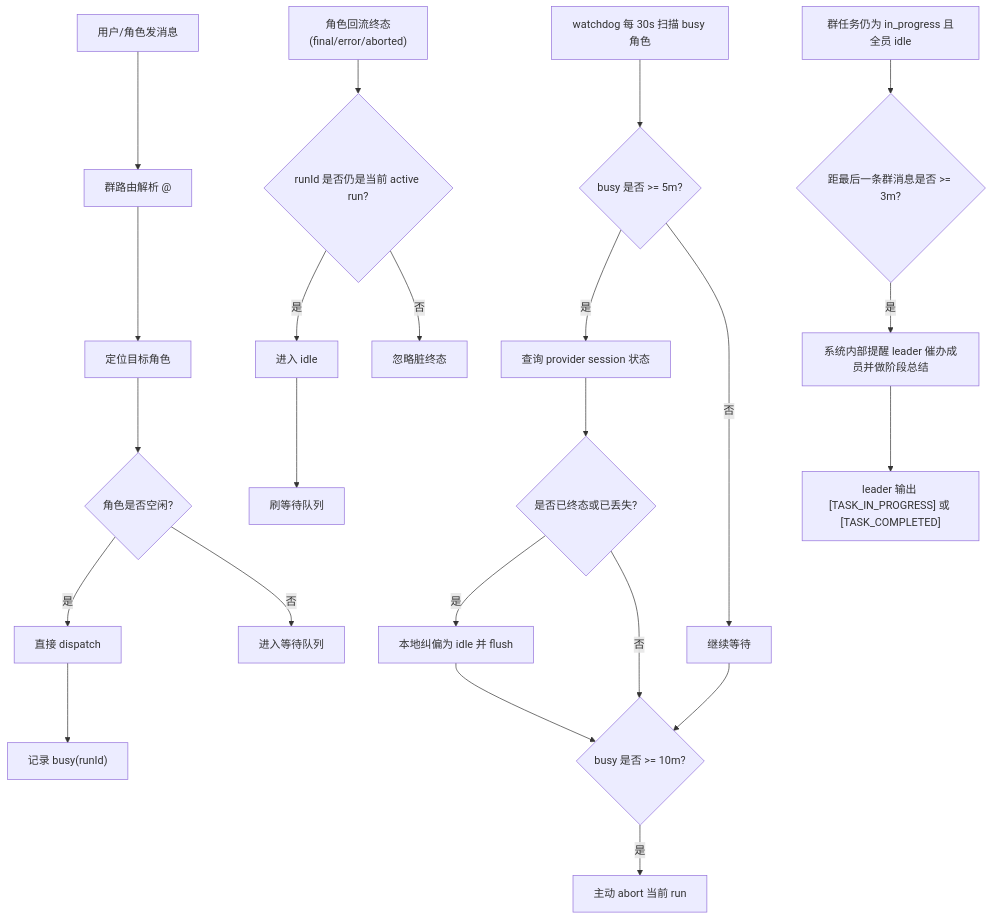
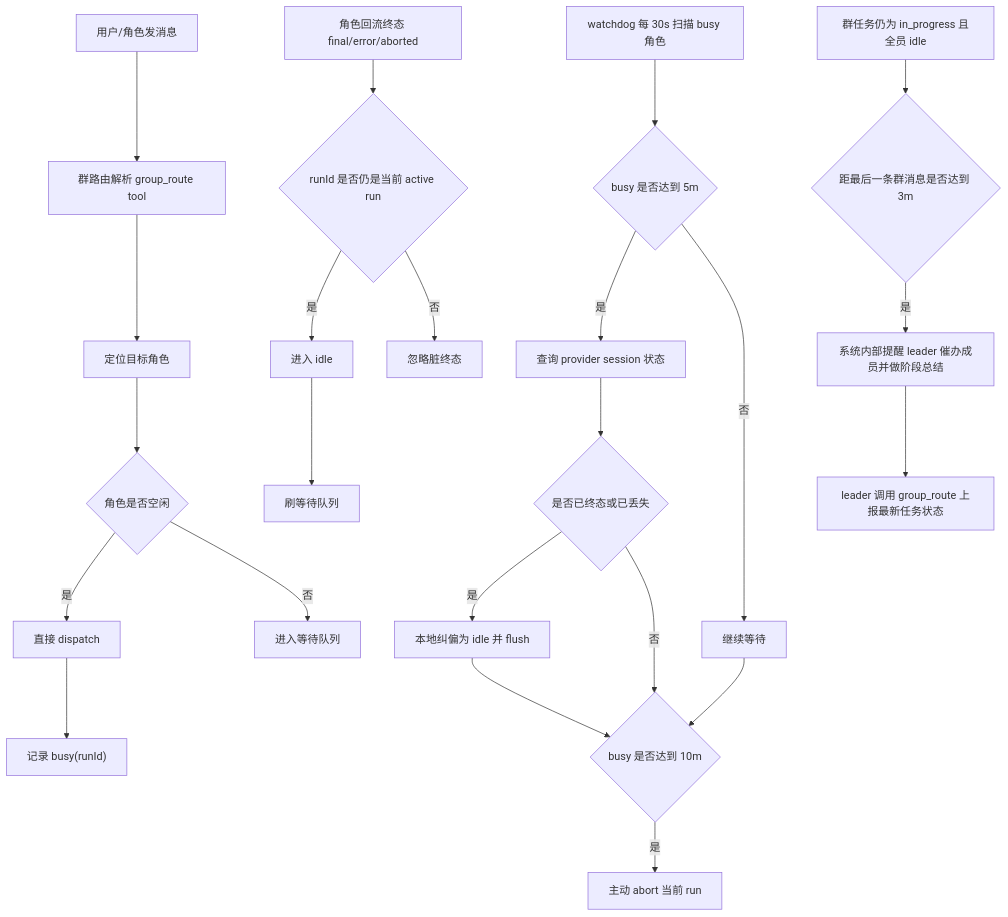
Before and after one commit to mattt-s/Chatbot: the second of 2 diagrams in docs/group-technical-design.md, drawn with Mermaid. The commit also changed other lines of this file and 7 other files, not shown here.

Commit message:
group router tool

````diff
--- a/docs/group-technical-design.md
+++ b/docs/group-technical-design.md
@@ -269,28 +349,28 @@
 ```mermaid
 flowchart TD
-    A["用户/角色发消息"] --> B["群路由解析 @"]
+    A["用户/角色发消息"] --> B["群路由解析 group_route tool"]
     B --> C["定位目标角色"]
-    C --> D{"角色是否空闲?"}
+    C --> D{"角色是否空闲"}
     D -->|是| E["直接 dispatch"]
     E --> F["记录 busy(runId)"]
     D -->|否| G["进入等待队列"]
 
-    H["角色回流终态<br/>(final/error/aborted)"] --> I{"runId 是否仍是当前 active run?"}
+    H["角色回流终态 final/error/aborted"] --> I{"runId 是否仍是当前 active run"}
     I -->|是| J["进入 idle"]
     J --> K["刷等待队列"]
     I -->|否| L["忽略脏终态"]
 
-    M["watchdog 每 30s 扫描 busy 角色"] --> N{"busy 是否 >= 5m?"}
+    M["watchdog 每 30s 扫描 busy 角色"] --> N{"busy 是否达到 5m"}
     N -->|是| O["查询 provider session 状态"]
-    O --> P{"是否已终态或已丢失?"}
+    O --> P{"是否已终态或已丢失"}
     P -->|是| Q["本地纠偏为 idle 并 flush"]
     N -->|否| R["继续等待"]
-    Q --> S{"busy 是否 >= 10m?"}
+    Q --> S{"busy 是否达到 10m"}
     R --> S
     P -->|否| S
     S -->|是| T["主动 abort 当前 run"]
 
-    U["群任务仍为 in_progress 且全员 idle"] --> V{"距最后一条群消息是否 >= 3m?"}
+    U["群任务仍为 in_progress 且全员 idle"] --> V{"距最后一条群消息是否达到 3m"}
     V -->|是| W["系统内部提醒 leader 催办成员并做阶段总结"]
-    W --> X["leader 输出 [TASK_IN_PROGRESS] 或 [TASK_COMPLETED]"]
+    W --> X["leader 调用 group_route 上报最新任务状态"]
 ```
````
